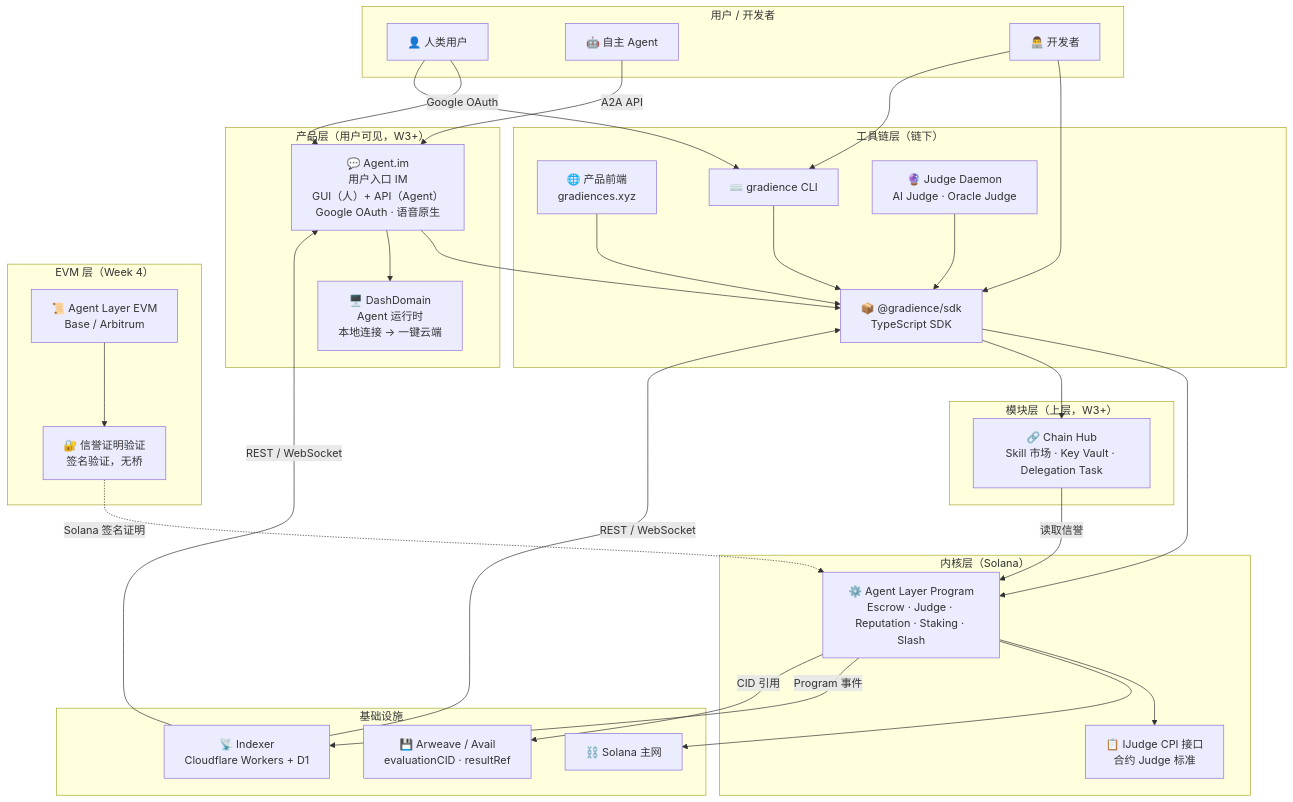
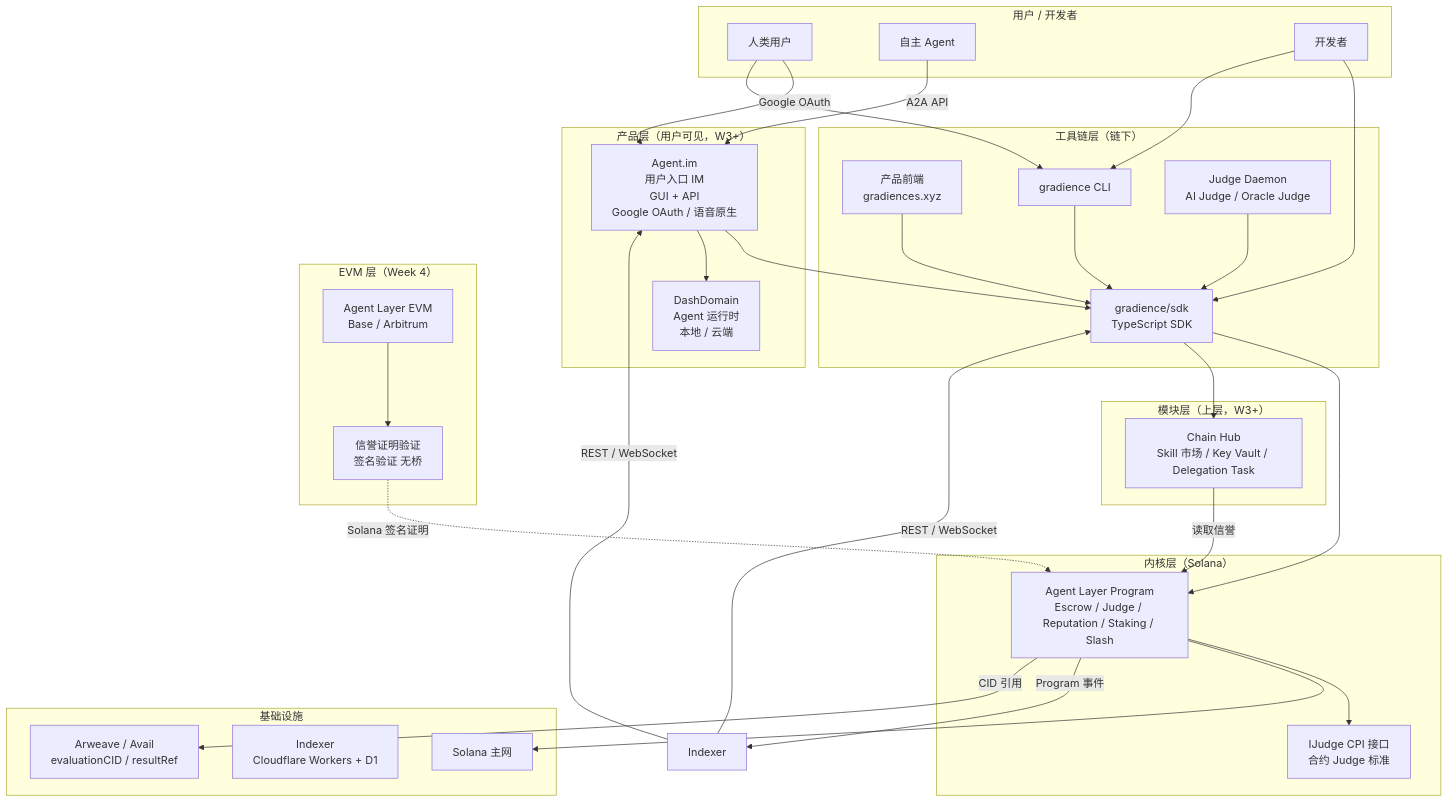
The first of 2 diagrams in docs/02-architecture.md (DaviRain-Su/gradience), drawn with Mermaid before and after one commit. The commit also changed 1 other file, not shown here.

Commit message:
fix: remove emoji from Mermaid diagrams (rendering issues)
Removed all emoji characters from Mermaid flowchart node labels
in docs/02-architecture.md and apps/agent-im/docs/02-architecture.md.
Many Mermaid renderers cannot display emoji in node labels, causing
garbled output.

````diff
--- a/docs/02-architecture.md
+++ b/docs/02-architecture.md
@@ -54,68 +54,68 @@
 ```mermaid
 flowchart TB
     subgraph Users["用户 / 开发者"]
-        Human["👤 人类用户"]
-        DevAgent["🤖 自主 Agent"]
-        Dev["👨‍💻 开发者"]
+        Human["人类用户"]
+        DevAgent["自主 Agent"]
+        Dev["开发者"]
     end
 
     subgraph Toolchain["工具链层（链下）"]
-        Frontend["🌐 产品前端<br/>gradiences.xyz"]
-        SDK["📦 @gradience/sdk<br/>TypeScript SDK"]
-        CLI["⌨️ gradience CLI"]
-        JudgeDaemon["🔮 Judge Daemon<br/>AI Judge · Oracle Judge"]
+        Frontend["产品前端<br/>gradiences.xyz"]
+        SDK["gradience/sdk<br/>TypeScript SDK"]
+        CLI["gradience CLI"]
+        JudgeDaemon["Judge Daemon<br/>AI Judge / Oracle Judge"]
     end
 
     subgraph Kernel["内核层（Solana）"]
-        AgentLayer["⚙️ Agent Layer Program<br/>Escrow · Judge · Reputation · Staking · Slash"]
-        IJudge["📋 IJudge CPI 接口<br/>合约 Judge 标准"]
+        AgentLayer["Agent Layer Program<br/>Escrow / Judge / Reputation / Staking / Slash"]
+        IJudge["IJudge CPI 接口<br/>合约 Judge 标准"]
     end
 
     subgraph Products["产品层（用户可见，W3+）"]
-        AgentIM["💬 Agent.im<br/>用户入口 IM<br/>GUI（人）+ API（Agent）<br/>Google OAuth · 语音原生"]
-        DashDomain["🖥️ DashDomain<br/>Agent 运行时<br/>本地连接 → 一键云端"]
+        AgentIM["Agent.im<br/>用户入口 IM<br/>GUI + API<br/>Google OAuth / 语音原生"]
+        DashDomain["DashDomain<br/>Agent 运行时<br/>本地 / 云端"]
     end
 
     subgraph Modules["模块层（上层，W3+）"]
-        ChainHub["🔗 Chain Hub<br/>Skill 市场 · Key Vault · Delegation Task"]
+        ChainHub["Chain Hub<br/>Skill 市场 / Key Vault / Delegation Task"]
     end
 
     subgraph EVMLayer["EVM 层（Week 4）"]
-        EVMContract["📜 Agent Layer EVM<br/>Base / Arbitrum"]
-        ReputationBridge["🔐 信誉证明验证<br/>签名验证，无桥"]
+        EVMContract["Agent Layer EVM<br/>Base / Arbitrum"]
+        ReputationBridge["信誉证明验证<br/>签名验证 无桥"]
     end
 
     subgraph Infra["基础设施"]
-        Solana["⛓️ Solana 主网"]
-        Indexer["📡 Indexer<br/>Cloudflare Workers + D1"]
-        Storage["💾 Arweave / Avail<br/>evaluationCID · resultRef"]
+        Solana["Solana 主网"]
+        Indexer2["Indexer<br/>Cloudflare Workers + D1"]
+        Storage["Arweave / Avail<br/>evaluationCID / resultRef"]
     end
 
     Human -->|"Google OAuth"| AgentIM
     Human --> CLI
     DevAgent -->|"A2A API"| AgentIM
     Dev --> SDK
     Dev --> CLI
 
     AgentIM --> SDK
     AgentIM --> DashDomain
 
     Frontend --> SDK
     CLI --> SDK
     JudgeDaemon --> SDK
 
     SDK --> AgentLayer
     SDK --> ChainHub
     AgentLayer --> IJudge
     ChainHub -->|"读取信誉"| AgentLayer
 
     AgentLayer --> Solana
     AgentLayer -->|"Program 事件"| Indexer
     AgentLayer -->|"CID 引用"| Storage
 
     Indexer -->|"REST / WebSocket"| SDK
     Indexer -->|"REST / WebSocket"| AgentIM
 
     EVMContract --> ReputationBridge
     ReputationBridge -.->|"Solana 签名证明"| AgentLayer
 ```
````
